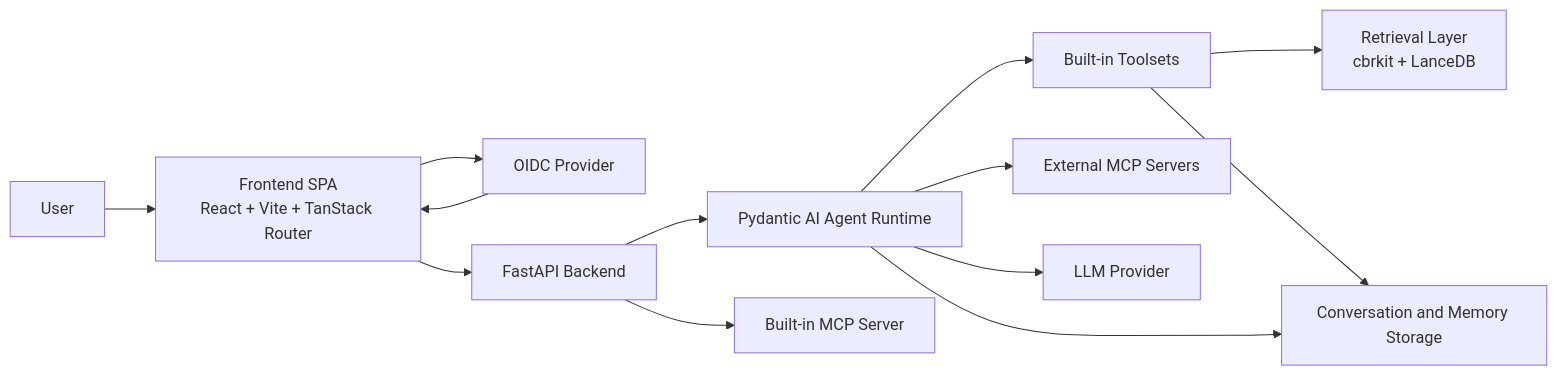
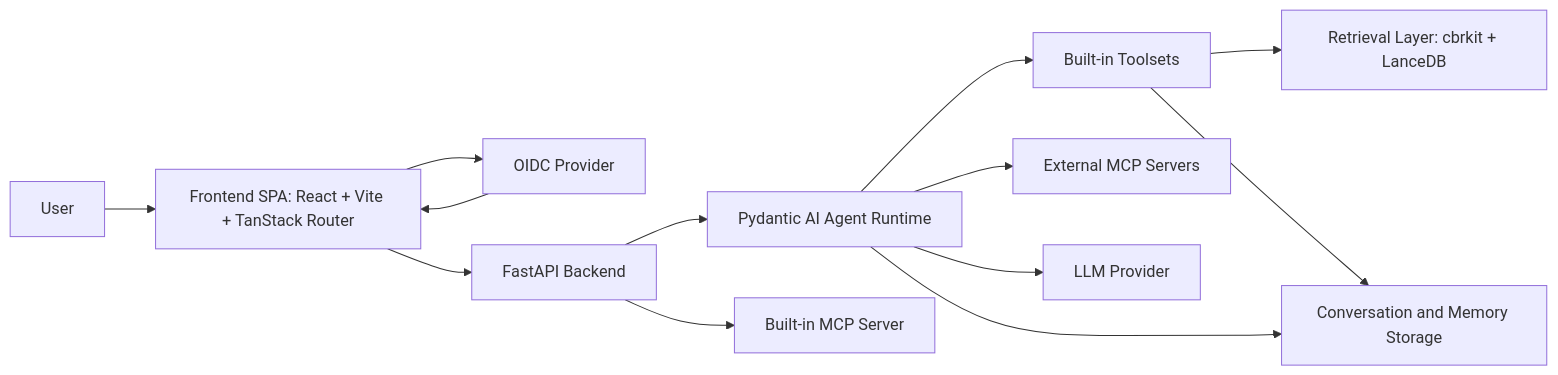
One commit to dfki-ebls/hivegent changed the first of 2 diagrams in ARCHITECTURE.md. Above: the diagram before and after it, drawn with Mermaid.

Commit message:
docs: remove newlines from mermaid

````diff
--- a/ARCHITECTURE.md
+++ b/ARCHITECTURE.md
@@ -43,27 +43,27 @@
 ```mermaid
 flowchart LR
     end_user[User]
-    frontend_spa[Frontend SPA\nReact + Vite + TanStack Router]
+    frontend_spa[Frontend SPA: React + Vite + TanStack Router]
     oidc_provider[OIDC Provider]
     fastapi_backend[FastAPI Backend]
     pydantic_ai_agent_runtime[Pydantic AI Agent Runtime]
     built_in_toolsets[Built-in Toolsets]
     external_mcp_servers[External MCP Servers]
     built_in_mcp_server[Built-in MCP Server]
-    retrieval_layer[Retrieval Layer\ncbrkit + LanceDB]
+    retrieval_layer[Retrieval Layer: cbrkit + LanceDB]
     conversation_memory_storage[Conversation and Memory Storage]
     llm_provider[LLM Provider]
 
     end_user --> frontend_spa
     frontend_spa --> oidc_provider
     oidc_provider --> frontend_spa
     frontend_spa --> fastapi_backend
     fastapi_backend --> pydantic_ai_agent_runtime
     pydantic_ai_agent_runtime --> built_in_toolsets
     pydantic_ai_agent_runtime --> external_mcp_servers
     fastapi_backend --> built_in_mcp_server
     built_in_toolsets --> retrieval_layer
     built_in_toolsets --> conversation_memory_storage
     pydantic_ai_agent_runtime --> conversation_memory_storage
     pydantic_ai_agent_runtime --> llm_provider
 ```
````
